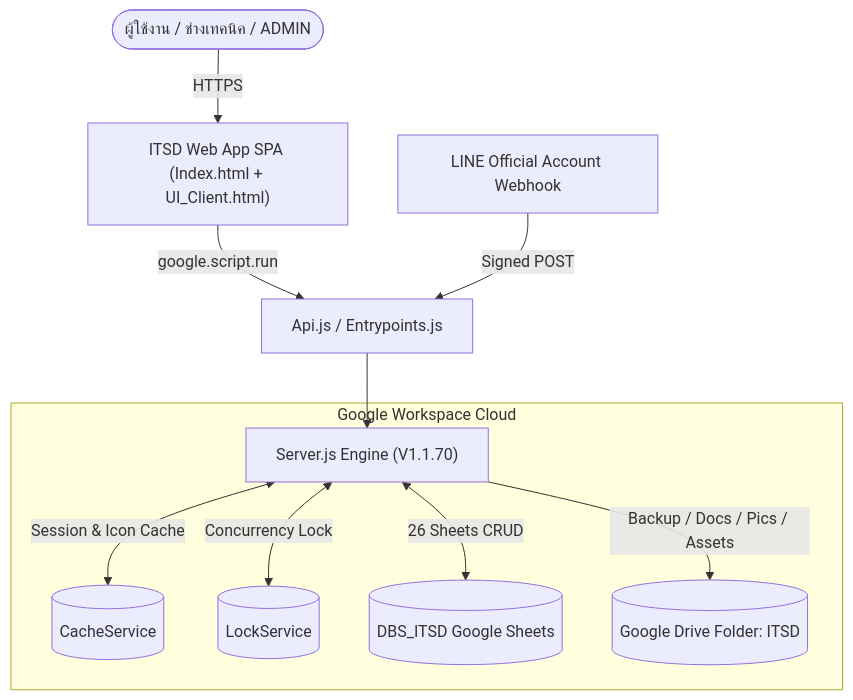
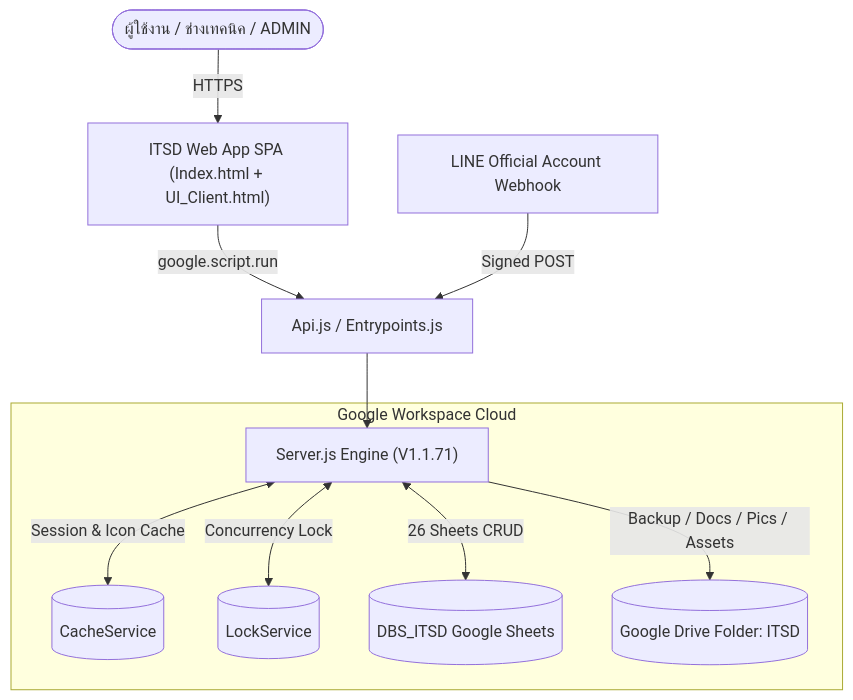
Before and after one commit to longzedesign-dotcom/ITServiceDesk: the first of 2 diagrams in README.md, drawn with Mermaid. The commit also changed other lines of this file and 9 other files, not shown here.

````diff
--- a/README.md
+++ b/README.md
@@ -62,15 +63,15 @@
 ```mermaid
 flowchart TD
     User(["ผู้ใช้งาน / ช่างเทคนิค / ADMIN"]) -->|HTTPS| WebApp["ITSD Web App SPA (Index.html + UI_Client.html)"]
     WebApp -->|google.script.run| Facade["Api.js / Entrypoints.js"]
-    Facade --> Core["Server.js Engine (V1.1.70)"]
+    Facade --> Core["Server.js Engine (V1.1.71)"]
 
     subgraph Google["Google Workspace Cloud"]
         Core <-->|Session & Icon Cache| Cache[("CacheService")]
         Core <-->|Concurrency Lock| Lock[("LockService")]
         Core <-->|26 Sheets CRUD| Sheets[("DBS_ITSD Google Sheets")]
         Core -->|Backup / Docs / Pics / Assets| Drive[("Google Drive Folder: ITSD")]
     end
 
     LINE["LINE Official Account Webhook"] -->|Signed POST| Facade
 ```
````
